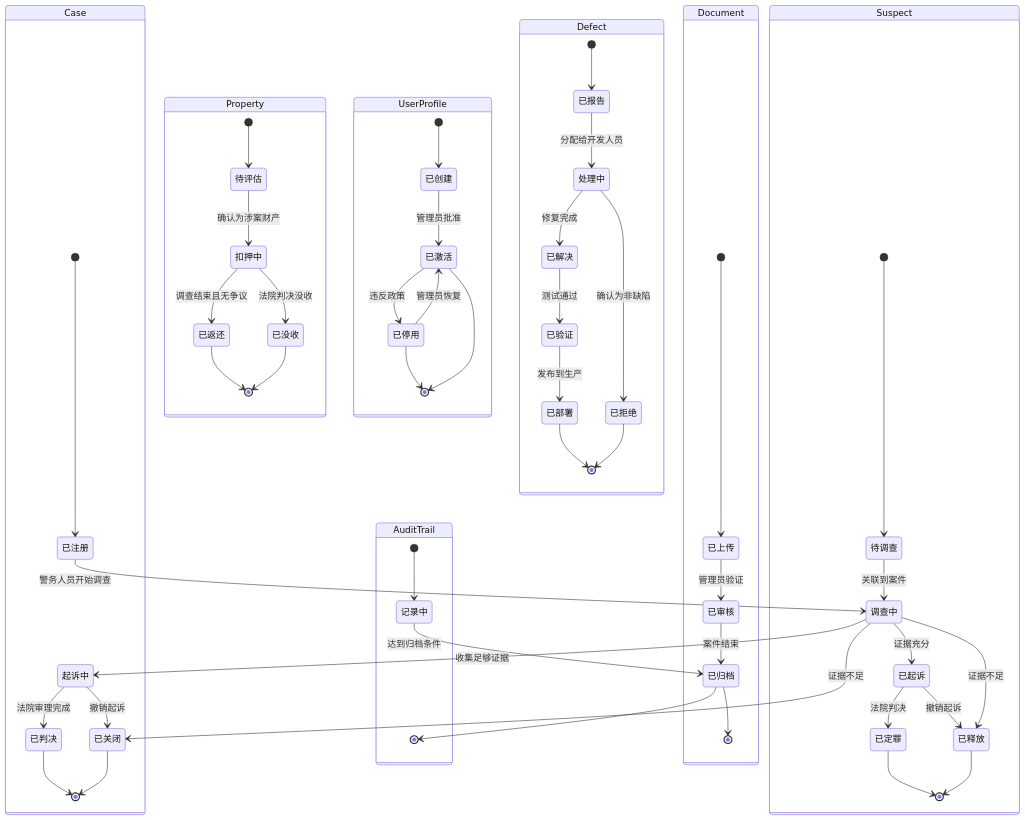
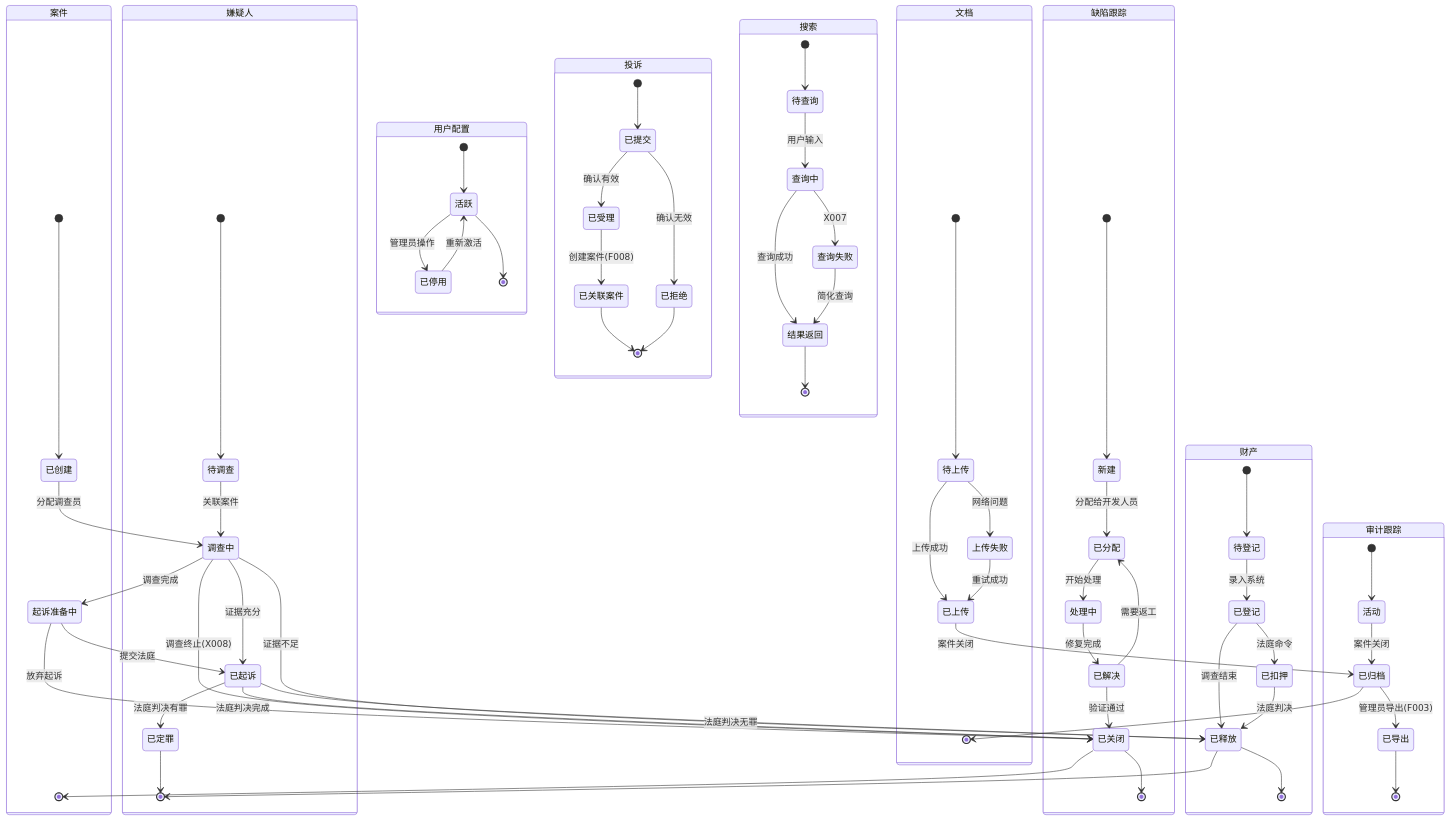
Before and after one commit to YxY09/ReqDesign-Agent: the diagram in output/diagrams/state_diagram.mmd, drawn with Mermaid. The commit also changed 81 other files, not shown here.

```diff
--- a/output/diagrams/state_diagram.mmd
+++ b/output/diagrams/state_diagram.mmd
@@ -1,58 +1,74 @@
 stateDiagram-v2
-    state "Case" as Case {
-        [*] --> 已注册
-        已注册 --> 调查中 : 警务人员开始调查
-        调查中 --> 起诉中 : 收集足够证据
-        调查中 --> 已关闭 : 证据不足
-        起诉中 --> 已判决 : 法院审理完成
-        起诉中 --> 已关闭 : 撤销起诉
-        已判决 --> [*]
+    state "案件" as Case {
+        [*] --> 已创建
+        已创建 --> 调查中 : 分配调查员
+        调查中 --> 起诉准备中 : 调查完成
+        起诉准备中 --> 已起诉 : 提交法庭
+        调查中 --> 已关闭 : 调查终止(X008)
+        起诉准备中 --> 已关闭 : 放弃起诉
+        已起诉 --> 已关闭 : 法庭判决完成
         已关闭 --> [*]
     }
-    state "Suspect" as Suspect {
+    state "嫌疑人" as Suspect {
         [*] --> 待调查
-        待调查 --> 调查中 : 关联到案件
+        待调查 --> 调查中 : 关联案件
         调查中 --> 已起诉 : 证据充分
         调查中 --> 已释放 : 证据不足
-        已起诉 --> 已定罪 : 法院判决
-        已起诉 --> 已释放 : 撤销起诉
+        已起诉 --> 已定罪 : 法庭判决有罪
+        已起诉 --> 已释放 : 法庭判决无罪
         已定罪 --> [*]
         已释放 --> [*]
     }
-    state "Property" as Property {
-        [*] --> 待评估
-        待评估 --> 扣押中 : 确认为涉案财产
-        扣押中 --> 已返还 : 调查结束且无争议
-        扣押中 --> 已没收 : 法院判决没收
-        已返还 --> [*]
-        已没收 --> [*]
-    }
-    state "AuditTrail" as AuditTrail {
-        [*] --> 记录中
-        记录中 --> 已归档 : 达到归档条件
+    state "文档" as Document {
+        [*] --> 待上传
+        待上传 --> 已上传 : 上传成功
+        待上传 --> 上传失败 : 网络问题
+        上传失败 --> 已上传 : 重试成功
+        已上传 --> 已归档 : 案件关闭
         已归档 --> [*]
     }
-    state "UserProfile" as UserProfile {
-        [*] --> 已创建
-        已创建 --> 已激活 : 管理员批准
-        已激活 --> 已停用 : 违反政策
-        已停用 --> 已激活 : 管理员恢复
-        已停用 --> [*]
-        已激活 --> [*]
+    state "审计跟踪" as AuditTrail {
+        [*] --> 活动
+        活动 --> 已归档 : 案件关闭
+        已归档 --> 已导出 : 管理员导出(F003)
+        已导出 --> [*]
     }
-    state "Defect" as Defect {
-        [*] --> 已报告
-        已报告 --> 处理中 : 分配给开发人员
-        处理中 --> 已解决 : 修复完成
-        处理中 --> 已拒绝 : 确认为非缺陷
-        已解决 --> 已验证 : 测试通过
-        已验证 --> 已部署 : 发布到生产
-        已部署 --> [*]
+    state "财产" as Property {
+        [*] --> 待登记
+        待登记 --> 已登记 : 录入系统
+        已登记 --> 已扣押 : 法庭命令
+        已登记 --> 已释放 : 调查结束
+        已扣押 --> 已释放 : 法庭判决
+        已释放 --> [*]
+    }
+    state "用户配置" as UserProfile {
+        [*] --> 活跃
+        活跃 --> 已停用 : 管理员操作
+        已停用 --> 活跃 : 重新激活
+        活跃 --> [*]
+    }
+    state "投诉" as Complaint {
+        [*] --> 已提交
+        已提交 --> 已受理 : 确认有效
+        已提交 --> 已拒绝 : 确认无效
+        已受理 --> 已关联案件 : 创建案件(F008)
+        已关联案件 --> [*]
         已拒绝 --> [*]
     }
-    state "Document" as Document {
-        [*] --> 已上传
-        已上传 --> 已审核 : 管理员验证
-        已审核 --> 已归档 : 案件结束
-        已归档 --> [*]
+    state "搜索" as Search {
+        [*] --> 待查询
+        待查询 --> 查询中 : 用户输入
+        查询中 --> 结果返回 : 查询成功
+        查询中 --> 查询失败 : X007
+        查询失败 --> 结果返回 : 简化查询
+        结果返回 --> [*]
     }
+    state "缺陷跟踪" as Defect {
+        [*] --> 新建
+        新建 --> 已分配 : 分配给开发人员
+        已分配 --> 处理中 : 开始处理
+        处理中 --> 已解决 : 修复完成
+        已解决 --> 已关闭 : 验证通过
+        已解决 --> 已分配 : 需要返工
+        已关闭 --> [*]
+    }
```
